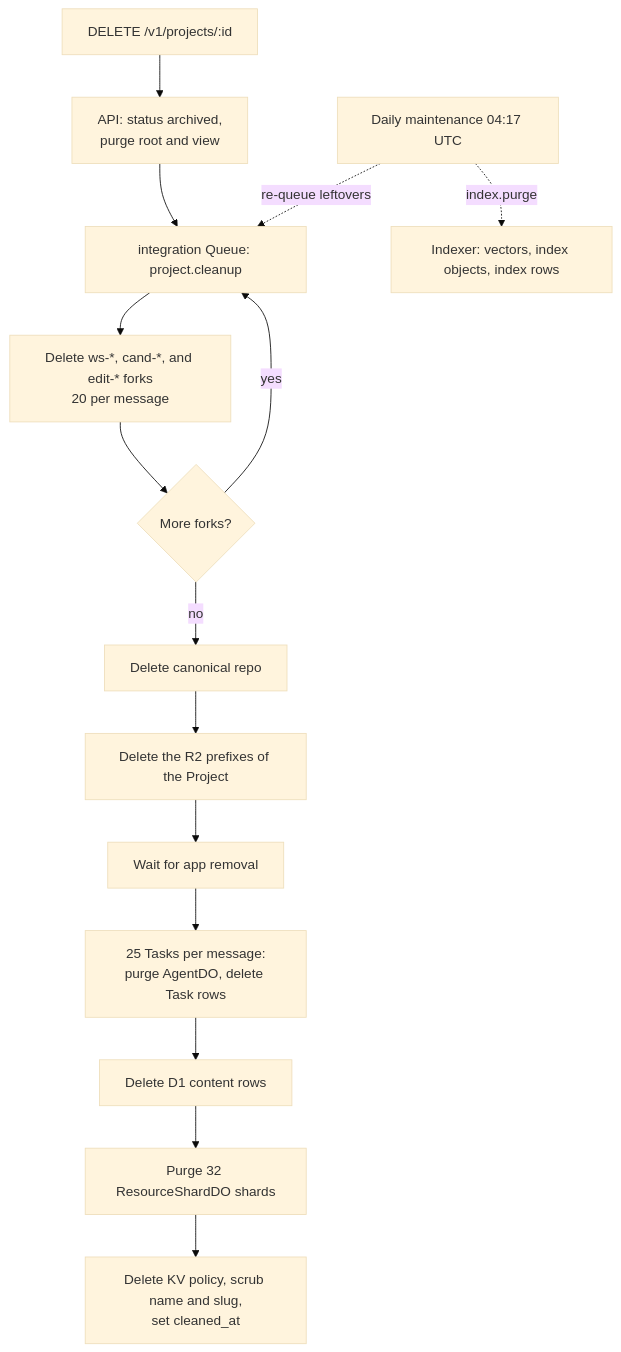
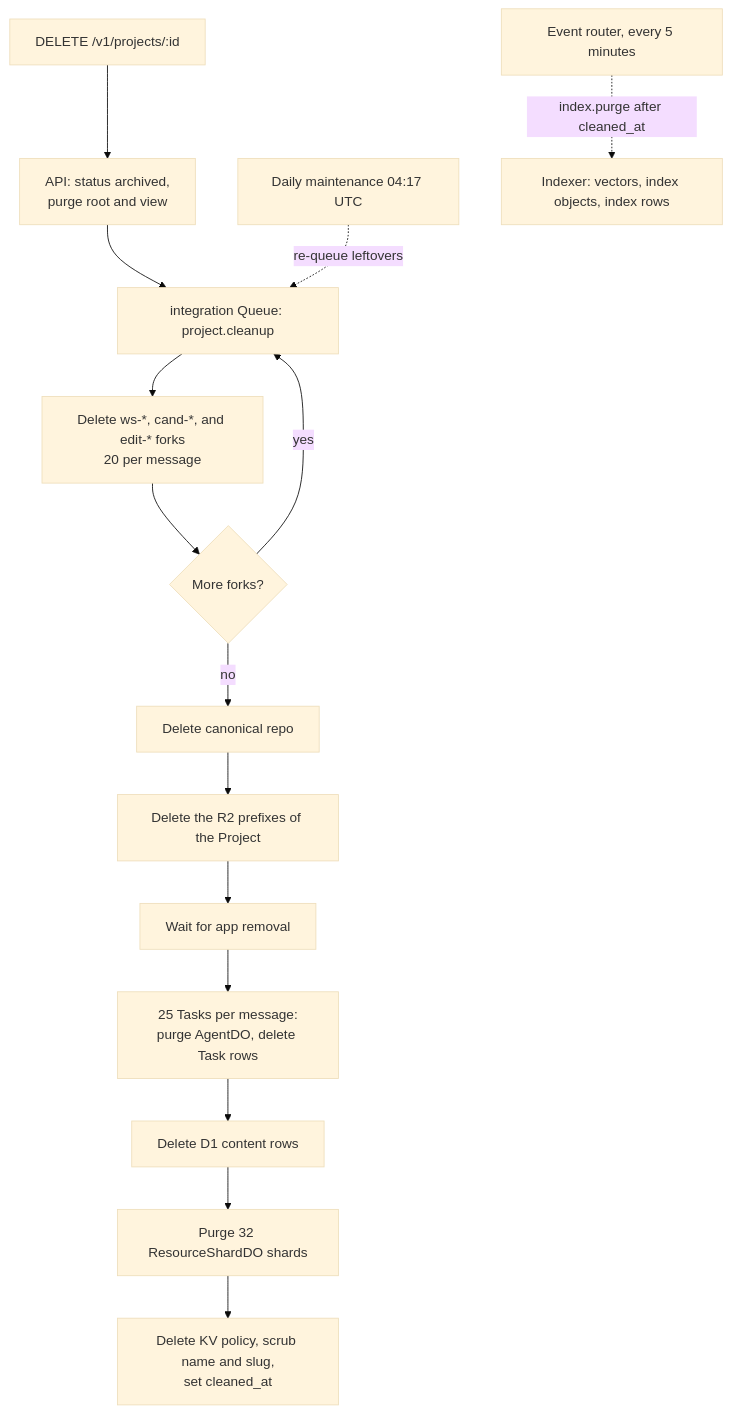
The diagram in docs/operations/cleanup.md (nsudhanva/rhumbatron), drawn with Mermaid (base theme) before and after one commit. The commit also changed other lines of this file and 3 other files, not shown here.

First line of the commit message:
fix(event-router): purge a deleted project's index within 5 minutes

````diff
--- a/docs/operations/cleanup.md
+++ b/docs/operations/cleanup.md
@@ -29,17 +29,17 @@
 ```mermaid
 flowchart TB
   del[DELETE /v1/projects/:id] --> arch[API: status archived,<br/>purge root and view]
   arch --> q[integration Queue: project.cleanup]
   q --> f[Delete ws-*, cand-*, and edit-* forks<br/>20 per message]
   f --> more{More forks?}
   more -->|yes| q
   more -->|no| canon[Delete canonical repo]
   canon --> r2[Delete the R2 prefixes of the Project]
   r2 --> apps[Wait for app removal]
   apps --> tasks[25 Tasks per message:<br/>purge AgentDO, delete Task rows]
   tasks --> d1[Delete D1 content rows]
   d1 --> shards[Purge 32 ResourceShardDO shards]
   shards --> done[Delete KV policy, scrub name and slug,<br/>set cleaned_at]
   cron[Daily maintenance 04:17 UTC] -.->|re-queue leftovers| q
-  cron -.->|index.purge| idx[Indexer: vectors, index objects, index rows]
+  sweep[Event router, every 5 minutes] -.->|index.purge after cleaned_at| idx[Indexer: vectors, index objects, index rows]
 ```
````
